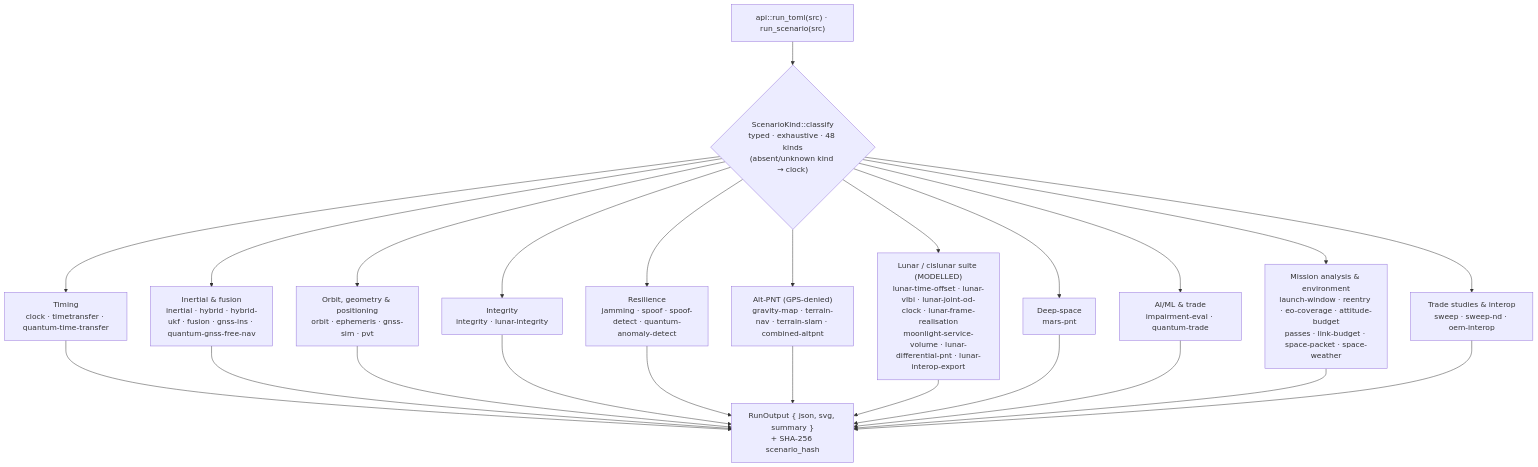
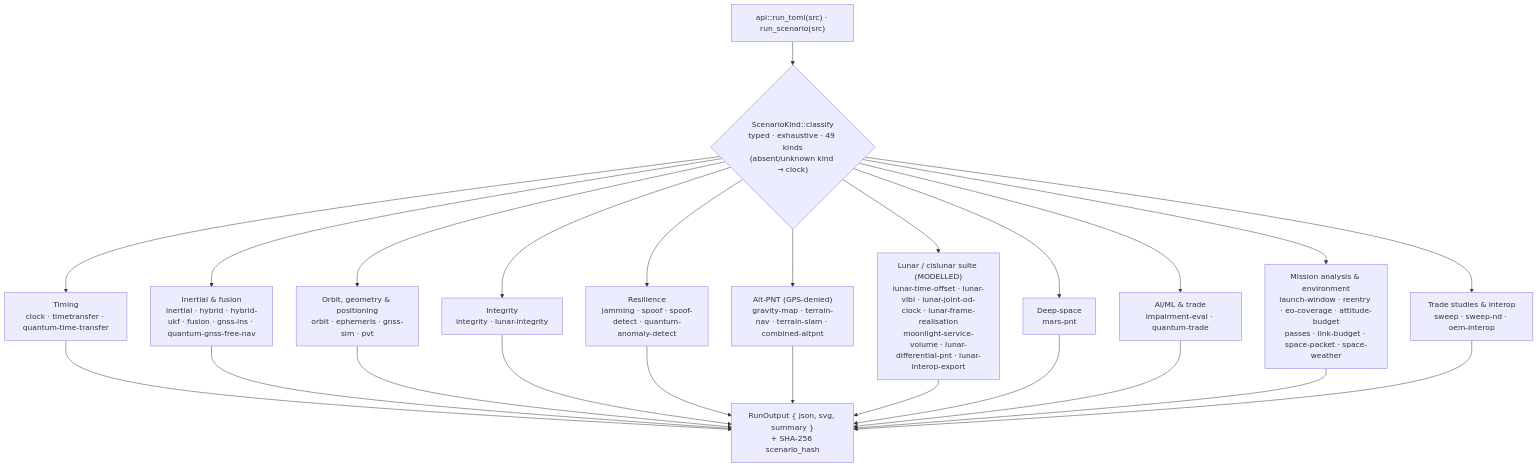
Before and after one commit to ashfordeOU/kshana: the seventh of 11 diagrams in docs/ARCHITECTURE.md, drawn with Mermaid. The commit also changed other lines of this file and 7 other files, not shown here.

````diff
--- a/docs/ARCHITECTURE.md
+++ b/docs/ARCHITECTURE.md
@@ -406,16 +406,16 @@
 ```mermaid
 flowchart TD
-    F["api::run_toml(src) · run_scenario(src)"] --> K{"ScenarioKind::classify<br/>typed · exhaustive · 48 kinds<br/>(absent/unknown kind → clock)"}
+    F["api::run_toml(src) · run_scenario(src)"] --> K{"ScenarioKind::classify<br/>typed · exhaustive · 49 kinds<br/>(absent/unknown kind → clock)"}
     K --> G1["Timing<br/>clock · timetransfer · quantum-time-transfer"]
     K --> G2["Inertial & fusion<br/>inertial · hybrid · hybrid-ukf · fusion · gnss-ins · quantum-gnss-free-nav"]
     K --> G3["Orbit, geometry & positioning<br/>orbit · ephemeris · gnss-sim · pvt"]
     K --> G4["Integrity<br/>integrity · lunar-integrity"]
     K --> G5["Resilience<br/>jamming · spoof · spoof-detect · quantum-anomaly-detect"]
     K --> G6["Alt-PNT (GPS-denied)<br/>gravity-map · terrain-nav · terrain-slam · combined-altpnt"]
     K --> G7["Lunar / cislunar suite (MODELLED)<br/>lunar-time-offset · lunar-vlbi · lunar-joint-od-clock · lunar-frame-realisation<br/>moonlight-service-volume · lunar-differential-pnt · lunar-interop-export"]
     K --> G8["Deep-space<br/>mars-pnt"]
     K --> G9["AI/ML & trade<br/>impairment-eval · quantum-trade"]
     K --> G10["Mission analysis & environment<br/>launch-window · reentry · eo-coverage · attitude-budget<br/>passes · link-budget · space-packet · space-weather"]
     K --> G11["Trade studies & interop<br/>sweep · sweep-nd · oem-interop"]
     G1 & G2 & G3 & G4 & G5 & G6 & G7 & G8 & G9 & G10 & G11 --> W["RunOutput { json, svg, summary }<br/>+ SHA-256 scenario_hash"]
 ```
````
